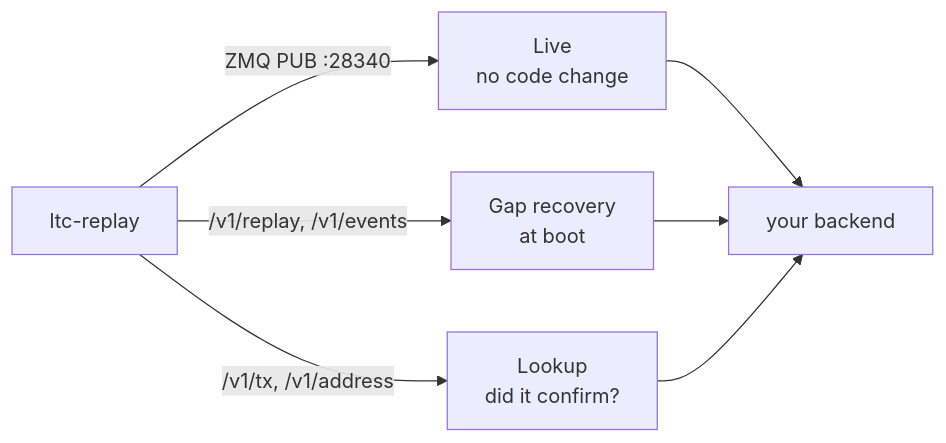
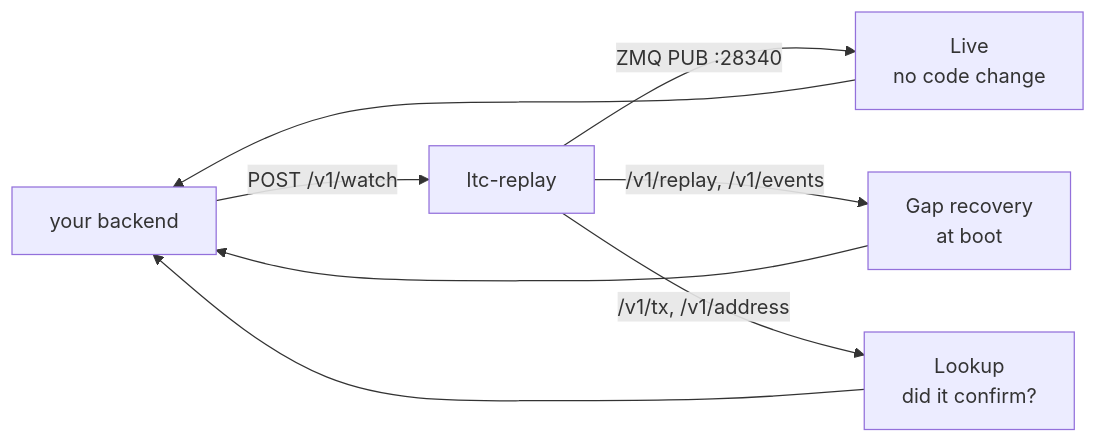
One commit to SwapzyCC/ltc-replay changed the diagram in docs/integration.md. Above: the diagram before and after it, drawn with Mermaid. The commit also changed other lines of this file and 8 other files, not shown here.

````diff
--- a/docs/integration.md
+++ b/docs/integration.md
@@ -11,12 +11,15 @@
 ```mermaid
 flowchart LR
+  B["your backend"]
   R["ltc-replay"]
+
+  B -->|"POST /v1/watch"| R
 
   R -->|"ZMQ PUB :28340"| L["Live<br/>no code change"]
   R -->|"/v1/replay, /v1/events"| G["Gap recovery<br/>at boot"]
   R -->|"/v1/tx, /v1/address"| Q["Lookup<br/>did it confirm?"]
 
-  L --> B["your backend"]
+  L --> B
   G --> B
   Q --> B
 ```
````
